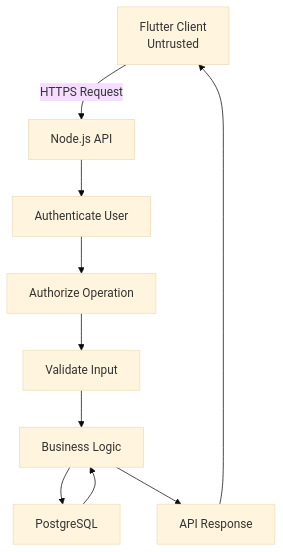
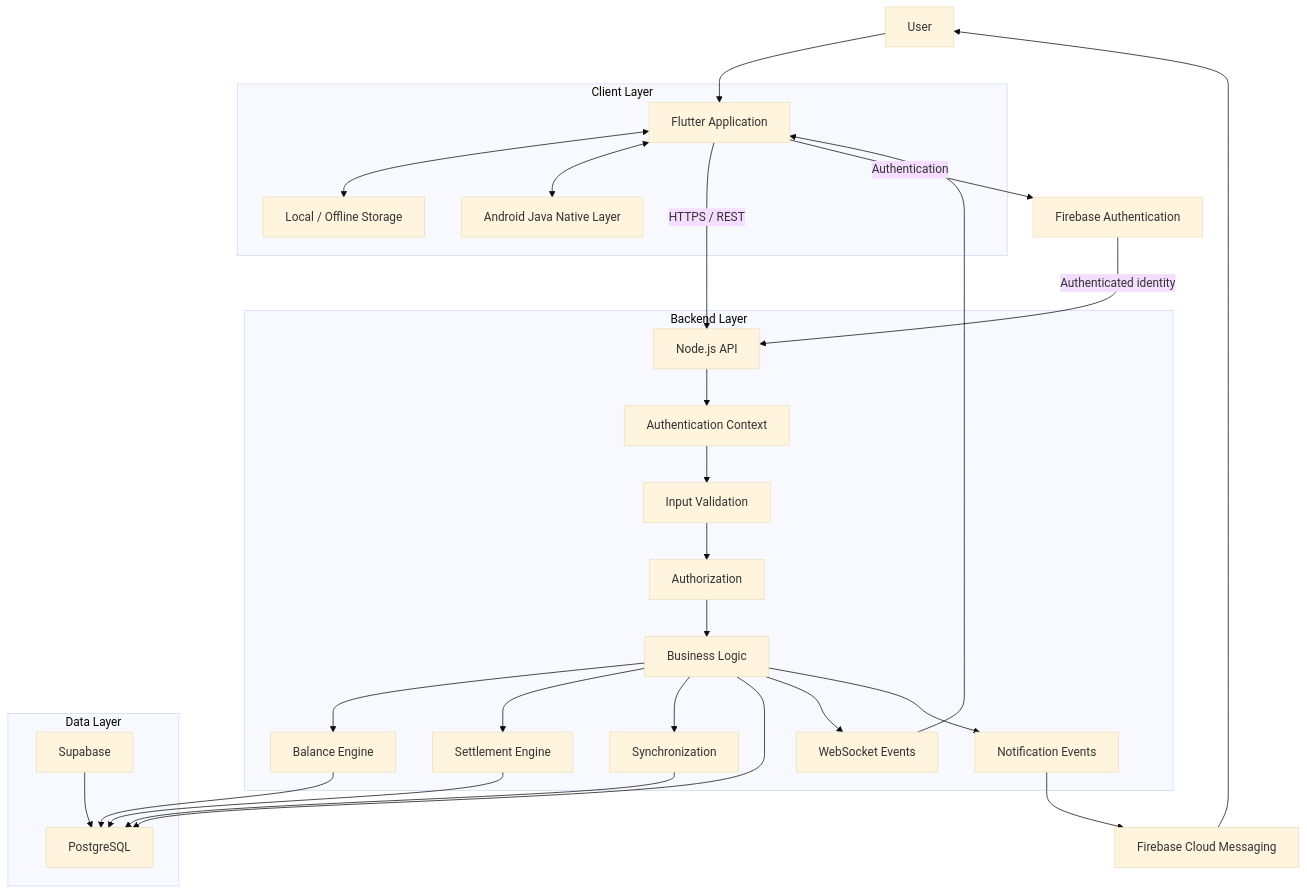
The first of 8 diagrams in docs/architecture/system-requirements.md (rajparihar281/SplitLedger), drawn with Mermaid (base theme) before and after one commit. The commit also changed other lines of this file, not shown here.

Commit message:
Refactor system requirements documentation: restructure sections, enhance clarity, and expand on functional and non-functional requirements for SplitLedger application.

````diff
--- a/docs/architecture/system-requirements.md
+++ b/docs/architecture/system-requirements.md
@@ -161,16 +517,65 @@
 ```mermaid
-flowchart TD
-    F["Flutter Client<br/>Untrusted"] -->|"HTTPS Request"| N["Node.js API"]
+flowchart TB
 
-    N --> AUTH["Authenticate User"]
-    AUTH --> AUTHZ["Authorize Operation"]
-    AUTHZ --> VALIDATE["Validate Input"]
-    VALIDATE --> BUSINESS["Business Logic"]
+    USER["User"]
 
-    BUSINESS --> DB["PostgreSQL"]
+    subgraph CLIENT["Client Layer"]
+        FLUTTER["Flutter Application"]
+        LOCAL["Local / Offline Storage"]
+        ANDROID["Android Java Native Layer"]
+    end
 
-    DB --> BUSINESS
-    BUSINESS --> RESPONSE["API Response"]
+    subgraph BACKEND["Backend Layer"]
+        API["Node.js API"]
+        AUTHZ["Authentication Context"]
+        VALIDATION["Input Validation"]
+        AUTHORIZATION["Authorization"]
+        BUSINESS["Business Logic"]
+        BALANCE["Balance Engine"]
+        SETTLEMENT["Settlement Engine"]
+        SYNC["Synchronization"]
+        WS["WebSocket Events"]
+        NOTIFICATION["Notification Events"]
+    end
 
-    RESPONSE --> F
+    subgraph DATA["Data Layer"]
+        SUPABASE["Supabase"]
+        POSTGRES["PostgreSQL"]
+    end
+
+    FIREBASE_AUTH["Firebase Authentication"]
+    FCM["Firebase Cloud Messaging"]
+
+    USER --> FLUTTER
+    FLUTTER <--> LOCAL
+    FLUTTER <--> ANDROID
+
+    FLUTTER -->|"HTTPS / REST"| API
+
+    FLUTTER -->|"Authentication"| FIREBASE_AUTH
+    FIREBASE_AUTH -->|"Authenticated identity"| API
+
+    API --> AUTHZ
+    AUTHZ --> VALIDATION
+    VALIDATION --> AUTHORIZATION
+    AUTHORIZATION --> BUSINESS
+
+    BUSINESS --> BALANCE
+    BUSINESS --> SETTLEMENT
+    BUSINESS --> SYNC
+
+    BALANCE --> POSTGRES
+    SETTLEMENT --> POSTGRES
+    BUSINESS --> POSTGRES
+    SYNC --> POSTGRES
+
+    SUPABASE --> POSTGRES
+
+    BUSINESS --> WS
+    BUSINESS --> NOTIFICATION
+
+    NOTIFICATION --> FCM
+    FCM --> USER
+
+    WS --> FLUTTER
 ```
````
